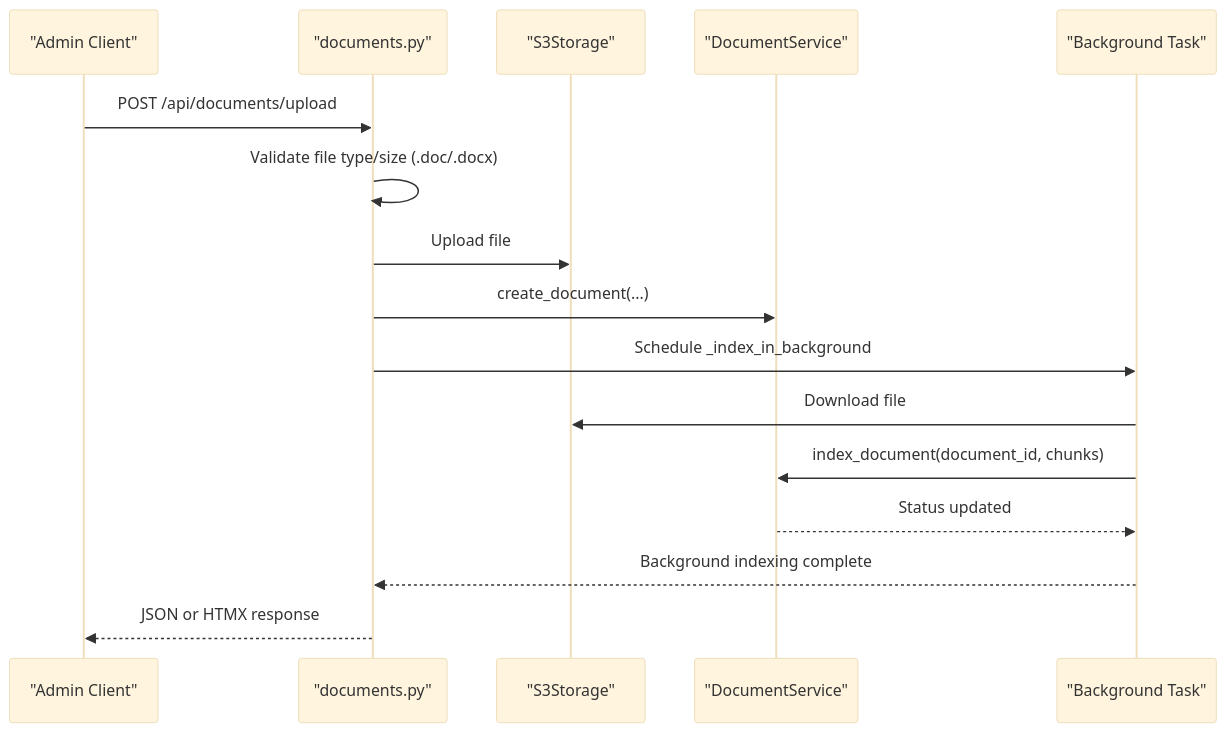
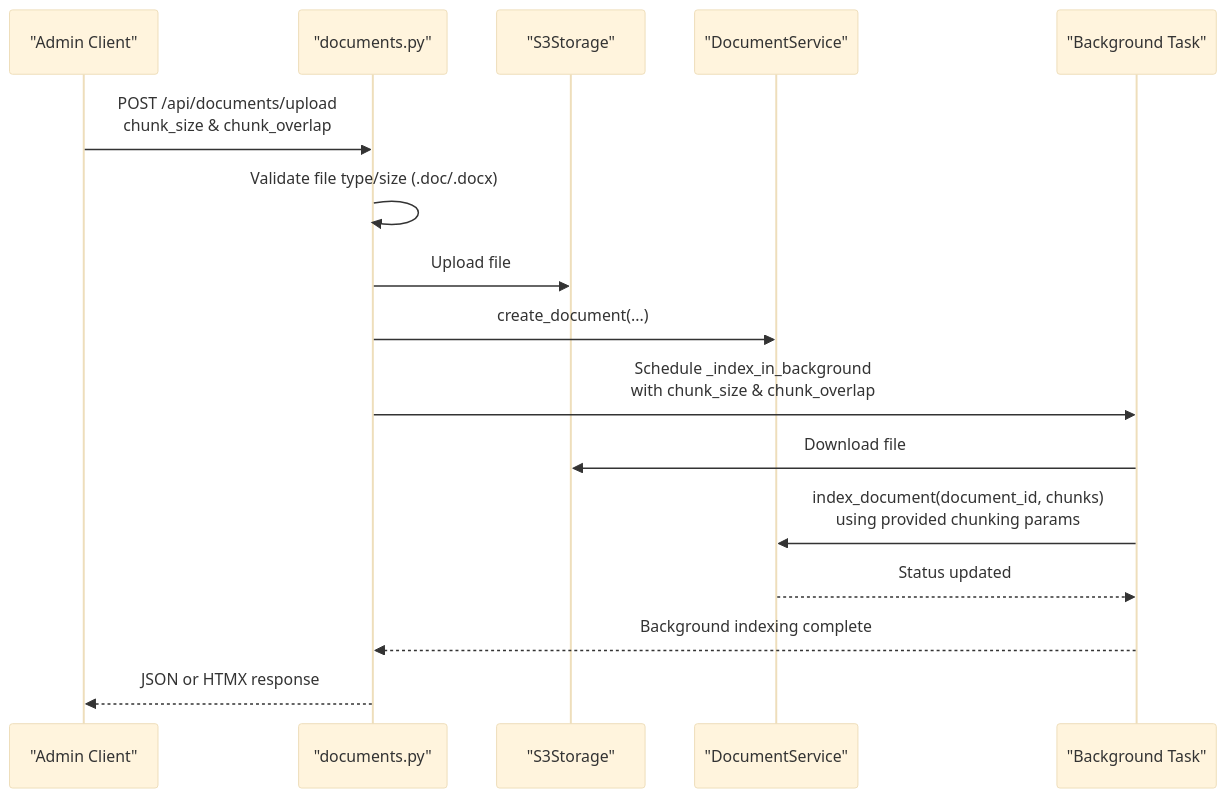
Before and after one commit to ognelis/cafetera_hr_bot: diagram 12 of 13 in .qoder/repowiki/en/content/RAG Integration/RAG Parser Enhancement.md, drawn with Mermaid (base theme). The commit also changed other lines of this file and 16 other files, not shown here.

````diff
--- a/.qoder/repowiki/en/content/RAG Integration/RAG Parser Enhancement.md
+++ b/.qoder/repowiki/en/content/RAG Integration/RAG Parser Enhancement.md
@@ -418,18 +459,18 @@
 ```mermaid
 sequenceDiagram
 participant Client as "Admin Client"
 participant API as "documents.py"
 participant S3 as "S3Storage"
 participant Service as "DocumentService"
 participant BG as "Background Task"
-Client->>API : POST /api/documents/upload
+Client->>API : POST /api/documents/upload<br/>chunk_size & chunk_overlap
 API->>API : Validate file type/size (.doc/.docx)
 API->>S3 : Upload file
 API->>Service : create_document(...)
-API->>BG : Schedule _index_in_background
+API->>BG : Schedule _index_in_background<br/>with chunk_size & chunk_overlap
 BG->>S3 : Download file
-BG->>Service : index_document(document_id, chunks)
+BG->>Service : index_document(document_id, chunks)<br/>using provided chunking params
 Service-->>BG : Status updated
 BG-->>API : Background indexing complete
 API-->>Client : JSON or HTMX response
 ```
````
